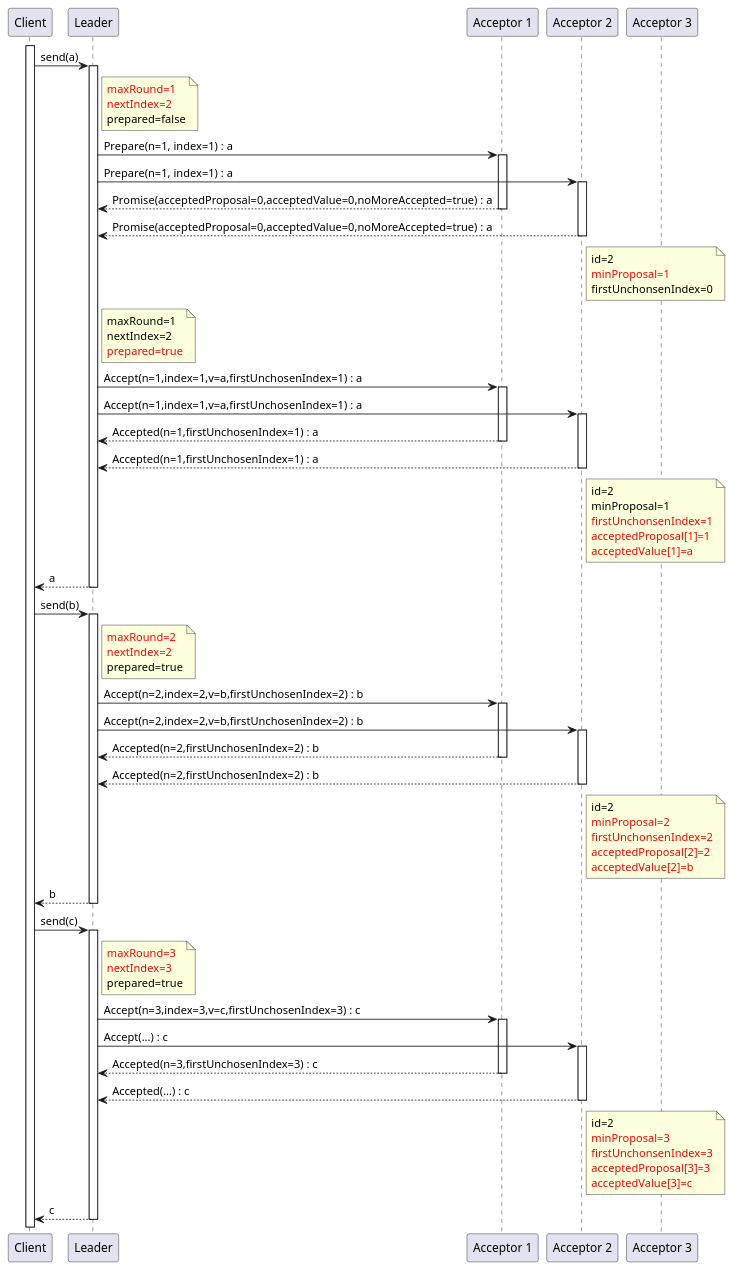
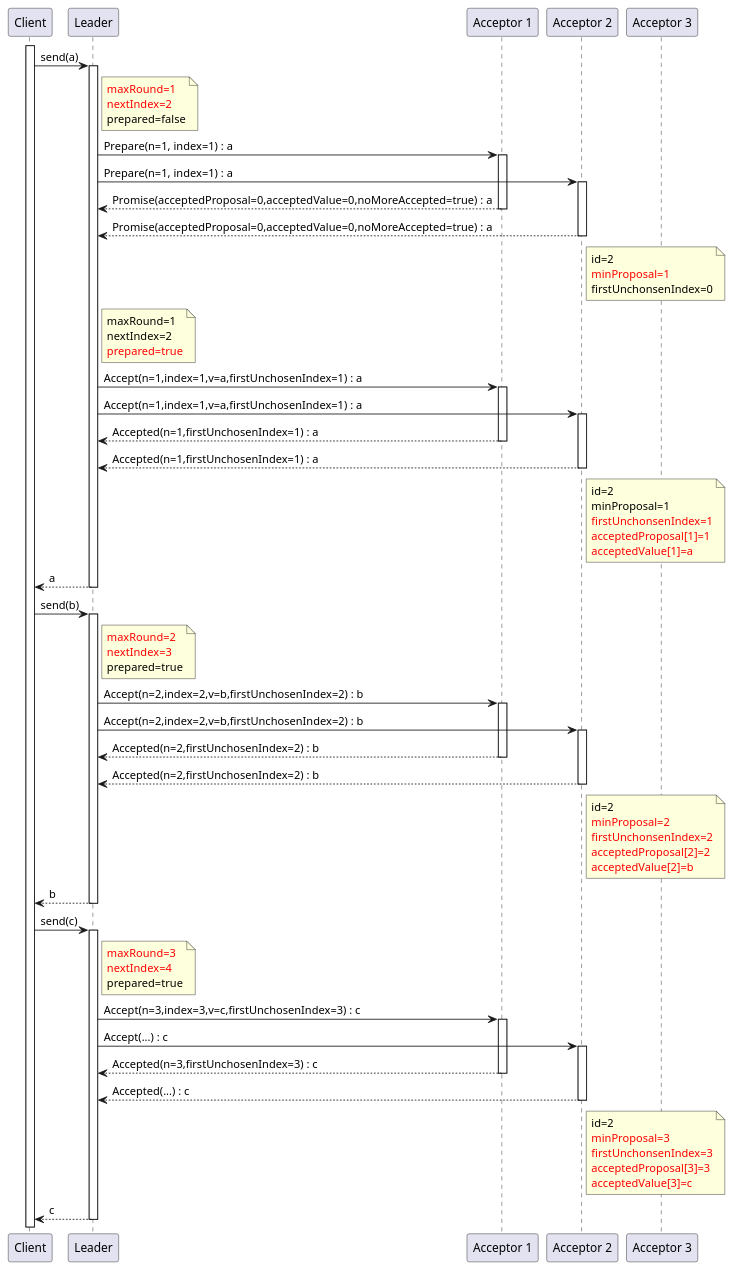
Before and after one commit to nocnob/notfound: the first of 3 diagrams in src/pages/posts/distribution-paxos-multi.adoc, drawn with PlantUML.

Commit message:
修改：     src/pages/posts/distribution-paxos-multi.adoc

```diff
--- a/src/pages/posts/distribution-paxos-multi.adoc
+++ b/src/pages/posts/distribution-paxos-multi.adoc
@@ -54,7 +54,7 @@
 deactivate l
 
 c -> l : send(b)
-note right l: <font color=red>maxRound=2\n<font color=red>nextIndex=2\nprepared=true
+note right l: <font color=red>maxRound=2\n<font color=red>nextIndex=3\nprepared=true
 activate l
     l -> a1 : Accept(n=2,index=2,v=b,firstUnchosenIndex=2) : b
     activate a1
@@ -77,7 +77,7 @@
 
 
 c -> l : send(c)
-note right l: <font color=red>maxRound=3\n<font color=red>nextIndex=3\nprepared=true
+note right l: <font color=red>maxRound=3\n<font color=red>nextIndex=4\nprepared=true
 activate l
     l -> a1 : Accept(n=3,index=3,v=c,firstUnchosenIndex=3) : c
     activate a1
```
